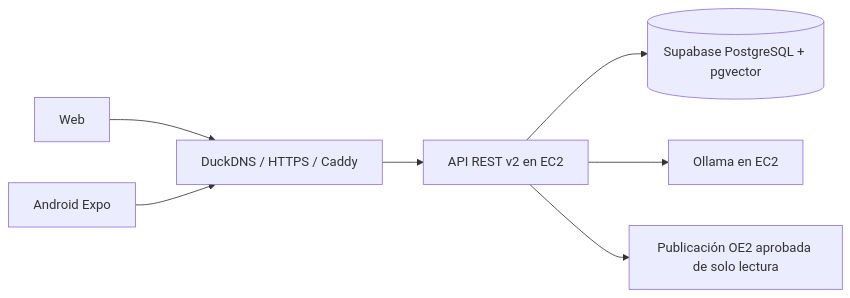
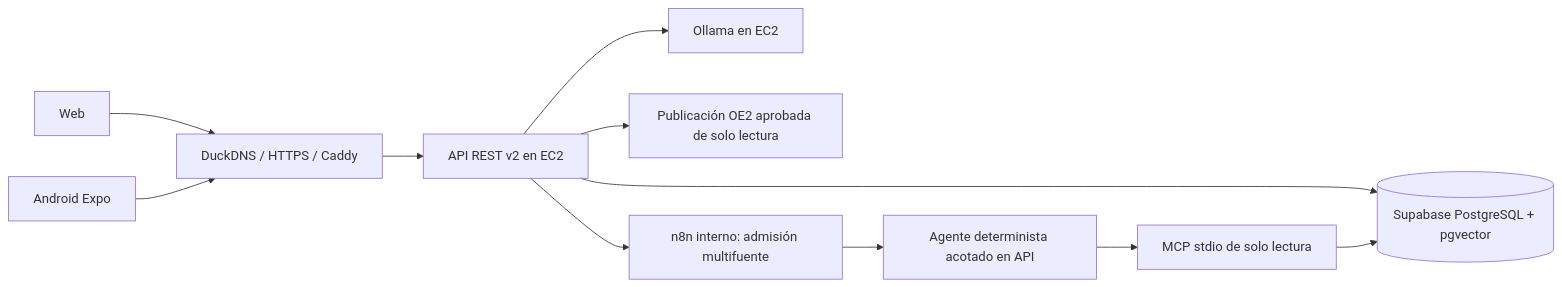
Before and after one commit to XeyKG/BanuChat_: the diagram in README.md, drawn with Mermaid. The commit also changed other lines of this file and 37 other files, not shown here.

````diff
--- a/README.md
+++ b/README.md
@@ -36,9 +38,13 @@
 ```mermaid
 flowchart LR
     Web[Web] --> HTTPS[DuckDNS / HTTPS / Caddy]
     Android[Android Expo] --> HTTPS
     HTTPS --> API[API REST v2 en EC2]
     API --> DB[(Supabase PostgreSQL + pgvector)]
     API --> Ollama[Ollama en EC2]
     API --> OE2[Publicación OE2 aprobada de solo lectura]
+    API --> N8N[n8n interno: admisión multifuente]
+    N8N --> Agent[Agente determinista acotado en API]
+    Agent --> MCP[MCP stdio de solo lectura]
+    MCP --> DB
 ```
````
